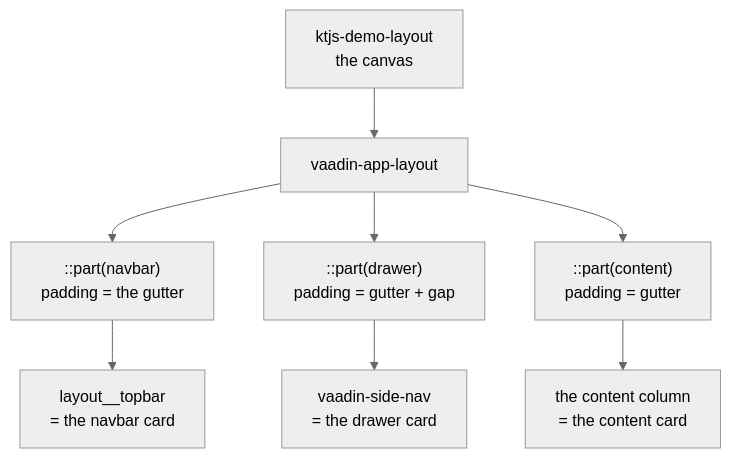
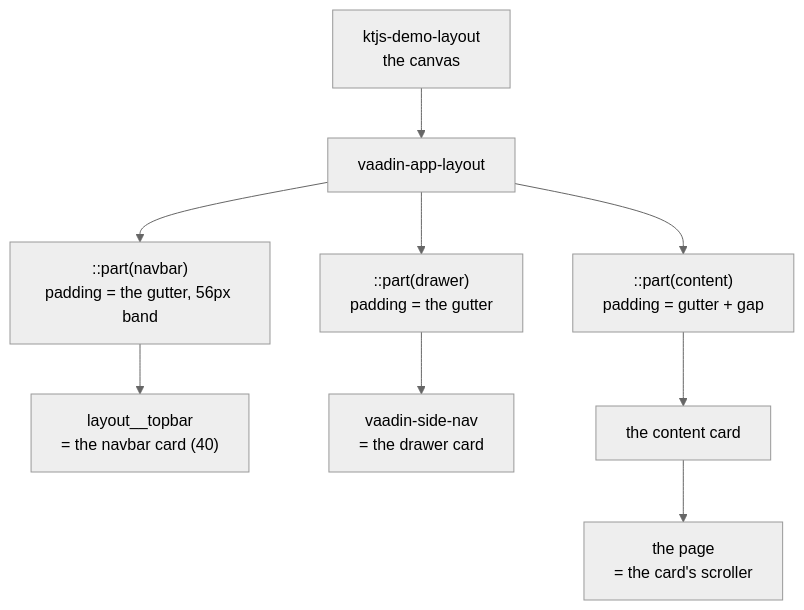
Before and after one commit to shijianjs/ktjs-dom-kit: the second of 3 diagrams in docs/src/jsMain/resources/docs/demo-kit/overview.md, drawn with Mermaid (neutral theme). The commit also changed other lines of this file and 4 other files, not shown here.

First line of the commit message:
demo-kit: the cards cost the page two gutters, not a whole band

````diff
--- a/docs/src/jsMain/resources/docs/demo-kit/overview.md
+++ b/docs/src/jsMain/resources/docs/demo-kit/overview.md
@@ -51,10 +51,10 @@
 ```mermaid
 flowchart TB
   H["ktjs-demo-layout<br/>the canvas"] --> A["vaadin-app-layout"]
-  A --> NP["::part(navbar)<br/>padding = the gutter"]
-  NP --> NC["layout__topbar<br/>= the navbar card"]
-  A --> DP["::part(drawer)<br/>padding = gutter + gap"]
+  A --> NP["::part(navbar)<br/>padding = the gutter, 56px band"]
+  NP --> NC["layout__topbar<br/>= the navbar card (40)"]
+  A --> DP["::part(drawer)<br/>padding = the gutter"]
   DP --> DC["vaadin-side-nav<br/>= the drawer card"]
-  A --> CP["::part(content)<br/>padding = gutter"]
-  CP --> CC["the content column<br/>= the content card"]
+  A --> CP["::part(content)<br/>padding = gutter + gap"]
+  CP --> CC["the content card"] --> P["the page<br/>= the card's scroller"]
 ```
````
